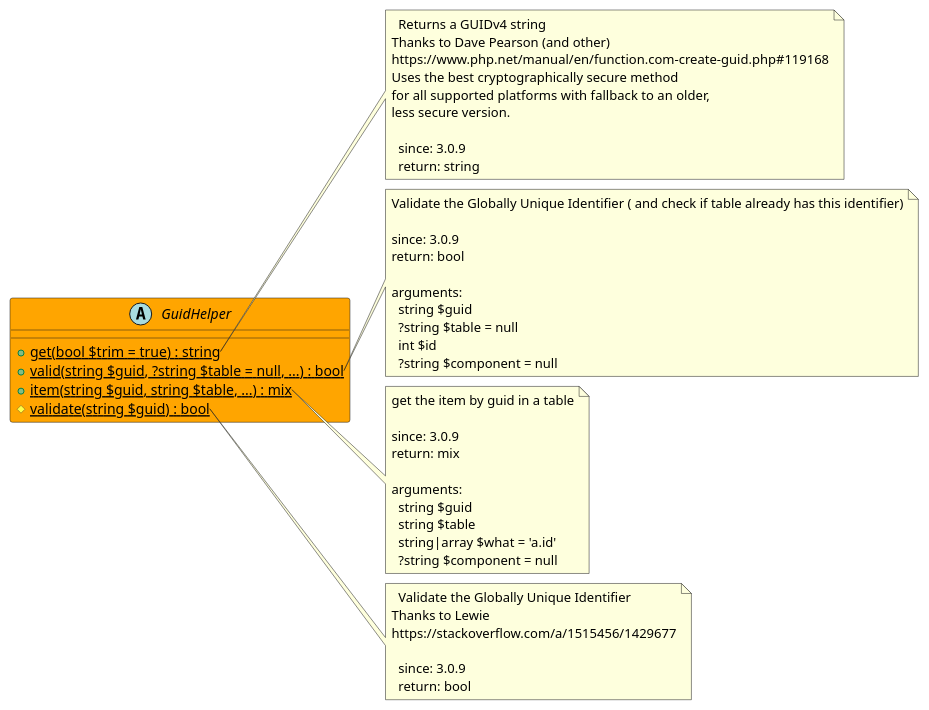
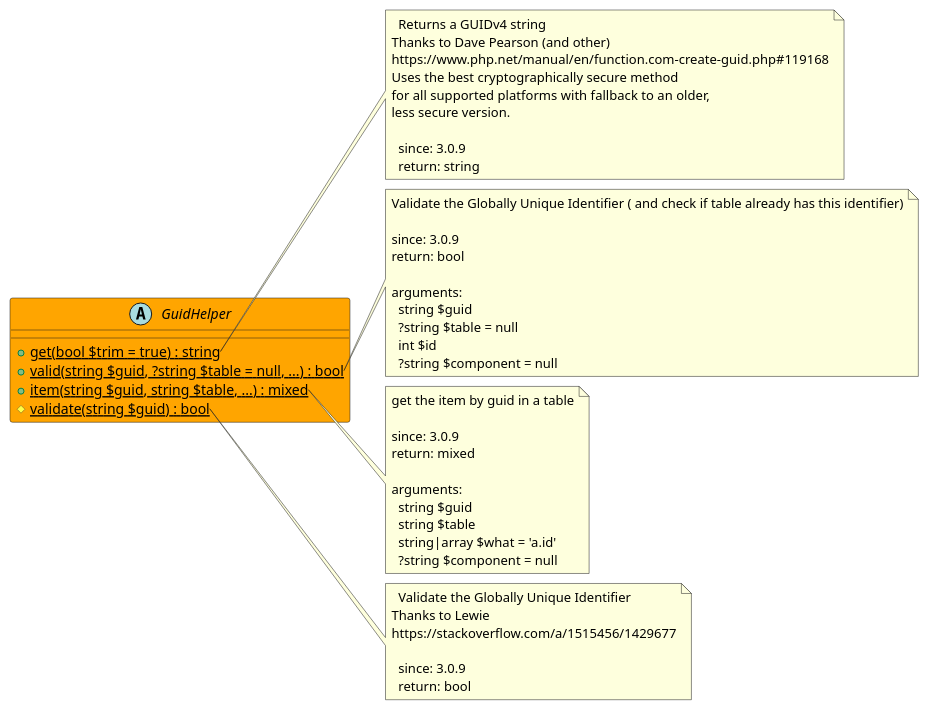
The diagram in src/9c513baf-b279-43fd-ae29-a585c8cbc4f0/README.md (joomengine/super-powers), drawn with PlantUML before and after one commit. The commit also changed 39 other files, not shown here.

````diff
--- a/src/9c513baf-b279-43fd-ae29-a585c8cbc4f0/README.md
+++ b/src/9c513baf-b279-43fd-ae29-a585c8cbc4f0/README.md
@@ -11,58 +11,58 @@
 ```uml
 @startuml
 abstract GuidHelper  #Orange {
   + {static} get(bool $trim = true) : string
   + {static} valid(string $guid, ?string $table = null, ...) : bool
-  + {static} item(string $guid, string $table, ...) : mix
+  + {static} item(string $guid, string $table, ...) : mixed
   # {static} validate(string $guid) : bool
 }
 
 note right of GuidHelper::get
   Returns a GUIDv4 string
 Thanks to Dave Pearson (and other)
 https://www.php.net/manual/en/function.com-create-guid.php#119168
 Uses the best cryptographically secure method
 for all supported platforms with fallback to an older,
 less secure version.
 
   since: 3.0.9
   return: string
 end note
 
 note right of GuidHelper::valid
   Validate the Globally Unique Identifier ( and check if table already has this identifier)
 
   since: 3.0.9
   return: bool
   
   arguments:
     string $guid
     ?string $table = null
     int $id
     ?string $component = null
 end note
 
 note right of GuidHelper::item
   get the item by guid in a table
 
   since: 3.0.9
-  return: mix
+  return: mixed
   
   arguments:
     string $guid
     string $table
     string|array $what = 'a.id'
     ?string $component = null
 end note
 
 note right of GuidHelper::validate
   Validate the Globally Unique Identifier
 Thanks to Lewie
 https://stackoverflow.com/a/1515456/1429677
 
   since: 3.0.9
   return: bool
 end note
  
 @enduml
 ```
````
